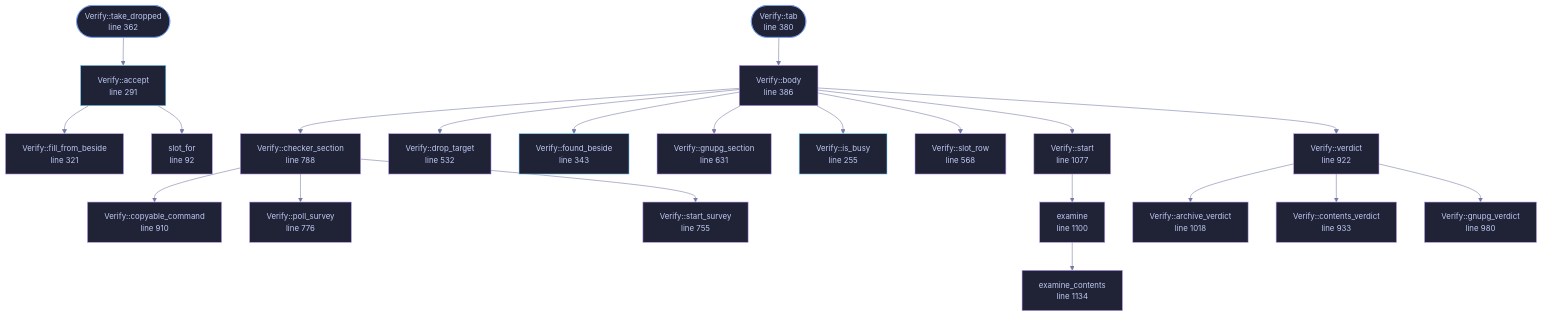
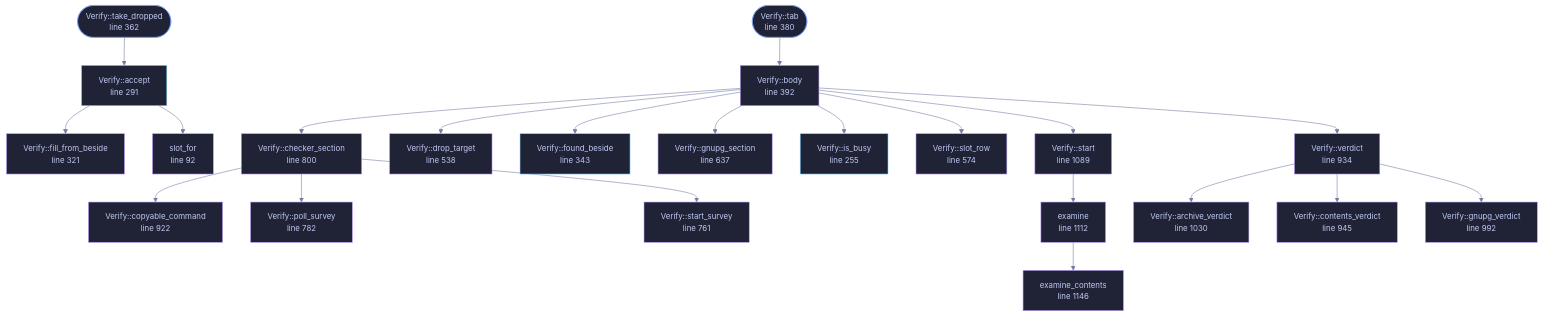
The diagram in docs/files/veilvoice-gui/verify.md (tilas01/veilvoice), drawn with Mermaid before and after one commit. The commit also changed other lines of this file and 96 other files, not shown here.

````diff
--- a/docs/files/veilvoice-gui/verify.md
+++ b/docs/files/veilvoice-gui/verify.md
@@ -135,74 +135,74 @@
 ```mermaid
 %%{init: {"theme":"base","themeVariables":{"background":"#1a1b26","primaryColor":"#1f2335","primaryTextColor":"#c0caf5","primaryBorderColor":"#7aa2f7","secondaryColor":"#16161e","tertiaryColor":"#16161e","lineColor":"#737aa2","textColor":"#c0caf5","mainBkg":"#1f2335","nodeBorder":"#7aa2f7","clusterBkg":"#16161e","clusterBorder":"#2f3549","fontFamily":"ui-monospace, SFMono-Regular, Consolas, monospace","fontSize":"14px"}}}%%
 flowchart TD
     n_slot_for["slot_for<br/>line 92"]
     n_is_busy["Verify::is_busy<br/>line 255"]
     n_accept["Verify::accept<br/>line 291"]
     n_fill_from_beside["Verify::fill_from_beside<br/>line 321"]
     n_found_beside["Verify::found_beside<br/>line 343"]
     n_take_dropped(["Verify::take_dropped<br/>line 362"])
     n_tab(["Verify::tab<br/>line 380"])
-    n_body["Verify::body<br/>line 386"]
-    n_drop_target["Verify::drop_target<br/>line 532"]
-    n_slot_row["Verify::slot_row<br/>line 568"]
-    n_gnupg_section["Verify::gnupg_section<br/>line 631"]
-    n_start_survey["Verify::start_survey<br/>line 755"]
-    n_poll_survey["Verify::poll_survey<br/>line 776"]
-    n_checker_section["Verify::checker_section<br/>line 788"]
-    n_copyable_command["Verify::copyable_command<br/>line 910"]
-    n_verdict["Verify::verdict<br/>line 922"]
-    n_contents_verdict["Verify::contents_verdict<br/>line 933"]
-    n_gnupg_verdict["Verify::gnupg_verdict<br/>line 980"]
-    n_archive_verdict["Verify::archive_verdict<br/>line 1018"]
-    n_start["Verify::start<br/>line 1077"]
-    n_examine["examine<br/>line 1100"]
-    n_examine_contents["examine_contents<br/>line 1134"]
+    n_body["Verify::body<br/>line 392"]
+    n_drop_target["Verify::drop_target<br/>line 538"]
+    n_slot_row["Verify::slot_row<br/>line 574"]
+    n_gnupg_section["Verify::gnupg_section<br/>line 637"]
+    n_start_survey["Verify::start_survey<br/>line 761"]
+    n_poll_survey["Verify::poll_survey<br/>line 782"]
+    n_checker_section["Verify::checker_section<br/>line 800"]
+    n_copyable_command["Verify::copyable_command<br/>line 922"]
+    n_verdict["Verify::verdict<br/>line 934"]
+    n_contents_verdict["Verify::contents_verdict<br/>line 945"]
+    n_gnupg_verdict["Verify::gnupg_verdict<br/>line 992"]
+    n_archive_verdict["Verify::archive_verdict<br/>line 1030"]
+    n_start["Verify::start<br/>line 1089"]
+    n_examine["examine<br/>line 1112"]
+    n_examine_contents["examine_contents<br/>line 1146"]
     n_accept --> n_fill_from_beside
     n_accept --> n_slot_for
     n_body --> n_checker_section
     n_body --> n_drop_target
     n_body --> n_found_beside
     n_body --> n_gnupg_section
     n_body --> n_is_busy
     n_body --> n_slot_row
     n_body --> n_start
     n_body --> n_verdict
     n_checker_section --> n_copyable_command
     n_checker_section --> n_poll_survey
     n_checker_section --> n_start_survey
     n_examine --> n_examine_contents
     n_start --> n_examine
     n_tab --> n_body
     n_take_dropped --> n_accept
     n_verdict --> n_archive_verdict
     n_verdict --> n_contents_verdict
     n_verdict --> n_gnupg_verdict
     click n_slot_for href "https://github.com/tilas01/veilvoice/blob/main/crates/veilvoice-gui/src/verify.rs#L92" "open the source"
     click n_is_busy href "https://github.com/tilas01/veilvoice/blob/main/crates/veilvoice-gui/src/verify.rs#L255" "open the source"
     click n_accept href "https://github.com/tilas01/veilvoice/blob/main/crates/veilvoice-gui/src/verify.rs#L291" "open the source"
     click n_fill_from_beside href "https://github.com/tilas01/veilvoice/blob/main/crates/veilvoice-gui/src/verify.rs#L321" "open the source"
     click n_found_beside href "https://github.com/tilas01/veilvoice/blob/main/crates/veilvoice-gui/src/verify.rs#L343" "open the source"
     click n_take_dropped href "https://github.com/tilas01/veilvoice/blob/main/crates/veilvoice-gui/src/verify.rs#L362" "open the source"
     click n_tab href "https://github.com/tilas01/veilvoice/blob/main/crates/veilvoice-gui/src/verify.rs#L380" "open the source"
-    click n_body href "https://github.com/tilas01/veilvoice/blob/main/crates/veilvoice-gui/src/verify.rs#L386" "open the source"
-    click n_drop_target href "https://github.com/tilas01/veilvoice/blob/main/crates/veilvoice-gui/src/verify.rs#L532" "open the source"
-    click n_slot_row href "https://github.com/tilas01/veilvoice/blob/main/crates/veilvoice-gui/src/verify.rs#L568" "open the source"
-    click n_gnupg_section href "https://github.com/tilas01/veilvoice/blob/main/crates/veilvoice-gui/src/verify.rs#L631" "open the source"
-    click n_start_survey href "https://github.com/tilas01/veilvoice/blob/main/crates/veilvoice-gui/src/verify.rs#L755" "open the source"
-    click n_poll_survey href "https://github.com/tilas01/veilvoice/blob/main/crates/veilvoice-gui/src/verify.rs#L776" "open the source"
-    click n_checker_section href "https://github.com/tilas01/veilvoice/blob/main/crates/veilvoice-gui/src/verify.rs#L788" "open the source"
-    click n_copyable_command href "https://github.com/tilas01/veilvoice/blob/main/crates/veilvoice-gui/src/verify.rs#L910" "open the source"
-    click n_verdict href "https://github.com/tilas01/veilvoice/blob/main/crates/veilvoice-gui/src/verify.rs#L922" "open the source"
-    click n_contents_verdict href "https://github.com/tilas01/veilvoice/blob/main/crates/veilvoice-gui/src/verify.rs#L933" "open the source"
-    click n_gnupg_verdict href "https://github.com/tilas01/veilvoice/blob/main/crates/veilvoice-gui/src/verify.rs#L980" "open the source"
-    click n_archive_verdict href "https://github.com/tilas01/veilvoice/blob/main/crates/veilvoice-gui/src/verify.rs#L1018" "open the source"
-    click n_start href "https://github.com/tilas01/veilvoice/blob/main/crates/veilvoice-gui/src/verify.rs#L1077" "open the source"
-    click n_examine href "https://github.com/tilas01/veilvoice/blob/main/crates/veilvoice-gui/src/verify.rs#L1100" "open the source"
-    click n_examine_contents href "https://github.com/tilas01/veilvoice/blob/main/crates/veilvoice-gui/src/verify.rs#L1134" "open the source"
+    click n_body href "https://github.com/tilas01/veilvoice/blob/main/crates/veilvoice-gui/src/verify.rs#L392" "open the source"
+    click n_drop_target href "https://github.com/tilas01/veilvoice/blob/main/crates/veilvoice-gui/src/verify.rs#L538" "open the source"
+    click n_slot_row href "https://github.com/tilas01/veilvoice/blob/main/crates/veilvoice-gui/src/verify.rs#L574" "open the source"
+    click n_gnupg_section href "https://github.com/tilas01/veilvoice/blob/main/crates/veilvoice-gui/src/verify.rs#L637" "open the source"
+    click n_start_survey href "https://github.com/tilas01/veilvoice/blob/main/crates/veilvoice-gui/src/verify.rs#L761" "open the source"
+    click n_poll_survey href "https://github.com/tilas01/veilvoice/blob/main/crates/veilvoice-gui/src/verify.rs#L782" "open the source"
+    click n_checker_section href "https://github.com/tilas01/veilvoice/blob/main/crates/veilvoice-gui/src/verify.rs#L800" "open the source"
+    click n_copyable_command href "https://github.com/tilas01/veilvoice/blob/main/crates/veilvoice-gui/src/verify.rs#L922" "open the source"
+    click n_verdict href "https://github.com/tilas01/veilvoice/blob/main/crates/veilvoice-gui/src/verify.rs#L934" "open the source"
+    click n_contents_verdict href "https://github.com/tilas01/veilvoice/blob/main/crates/veilvoice-gui/src/verify.rs#L945" "open the source"
+    click n_gnupg_verdict href "https://github.com/tilas01/veilvoice/blob/main/crates/veilvoice-gui/src/verify.rs#L992" "open the source"
+    click n_archive_verdict href "https://github.com/tilas01/veilvoice/blob/main/crates/veilvoice-gui/src/verify.rs#L1030" "open the source"
+    click n_start href "https://github.com/tilas01/veilvoice/blob/main/crates/veilvoice-gui/src/verify.rs#L1089" "open the source"
+    click n_examine href "https://github.com/tilas01/veilvoice/blob/main/crates/veilvoice-gui/src/verify.rs#L1112" "open the source"
+    click n_examine_contents href "https://github.com/tilas01/veilvoice/blob/main/crates/veilvoice-gui/src/verify.rs#L1146" "open the source"
     classDef entry fill:#1f2335,stroke:#7aa2f7,color:#c0caf5
     class n_take_dropped,n_tab entry
     classDef api fill:#1f2335,stroke:#7dcfff,color:#c0caf5
     class n_is_busy,n_accept,n_found_beside api
     classDef helper fill:#1f2335,stroke:#bb9af7,color:#c0caf5
     class n_slot_for,n_fill_from_beside,n_body,n_drop_target,n_slot_row,n_gnupg_section,n_start_survey,n_poll_survey,n_checker_section,n_copyable_command,n_verdict,n_contents_verdict,n_gnupg_verdict,n_archive_verdict,n_start,n_examine,n_examine_contents helper
 ```
````
